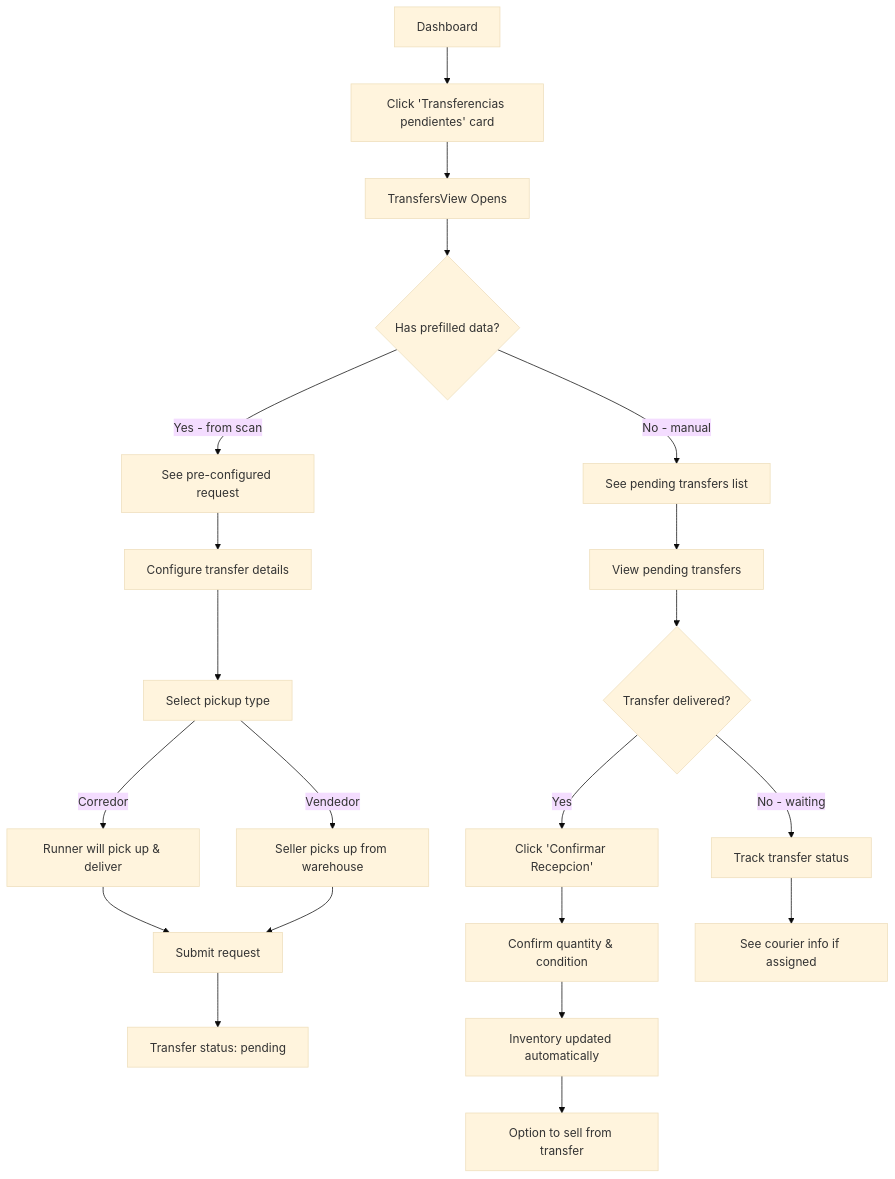
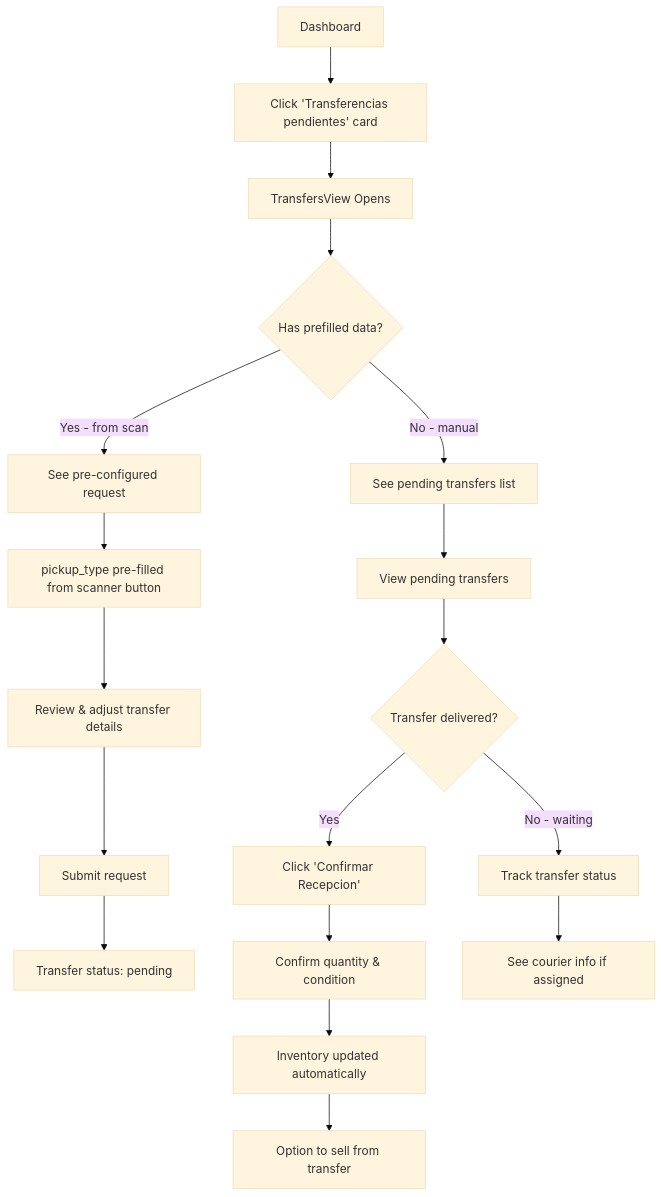
Before and after one commit to wallblue4/frontend-tustockya: the second of 8 diagrams in Front/docs/vendedor.md, drawn with Mermaid (base theme). The commit also changed other lines of this file and 4 other files, not shown here.

Commit message:
Refactor user flow in ProductScanner and enhance TransfersView to support direct action for product sales and transfers. Update ProductOptionsCard to handle size selection and improve UI for better user experience.

````diff
--- a/Front/docs/vendedor.md
+++ b/Front/docs/vendedor.md
@@ -60,26 +80,23 @@
 ```mermaid
 flowchart TD
     A[Dashboard] --> B[Click 'Transferencias pendientes' card]
     B --> C[TransfersView Opens]
     C --> D{Has prefilled data?}
     D -->|Yes - from scan| E[See pre-configured request]
     D -->|No - manual| F[See pending transfers list]
 
-    E --> G[Configure transfer details]
-    G --> H[Select pickup type]
-    H -->|Corredor| I[Runner will pick up & deliver]
-    H -->|Vendedor| J[Seller picks up from warehouse]
-    I --> K[Submit request]
-    J --> K
-    K --> L[Transfer status: pending]
+    E --> G[pickup_type pre-filled from scanner button]
+    G --> H[Review & adjust transfer details]
+    H --> I[Submit request]
+    I --> J[Transfer status: pending]
 
-    F --> M[View pending transfers]
-    M --> N{Transfer delivered?}
-    N -->|Yes| O[Click 'Confirmar Recepcion']
-    O --> P[Confirm quantity & condition]
-    P --> Q[Inventory updated automatically]
-    Q --> R[Option to sell from transfer]
+    F --> K[View pending transfers]
+    K --> L{Transfer delivered?}
+    L -->|Yes| M[Click 'Confirmar Recepcion']
+    M --> N[Confirm quantity & condition]
+    N --> O[Inventory updated automatically]
+    O --> P[Option to sell from transfer]
 
-    N -->|No - waiting| S[Track transfer status]
-    S --> T[See courier info if assigned]
+    L -->|No - waiting| Q[Track transfer status]
+    Q --> R[See courier info if assigned]
 ```
````
